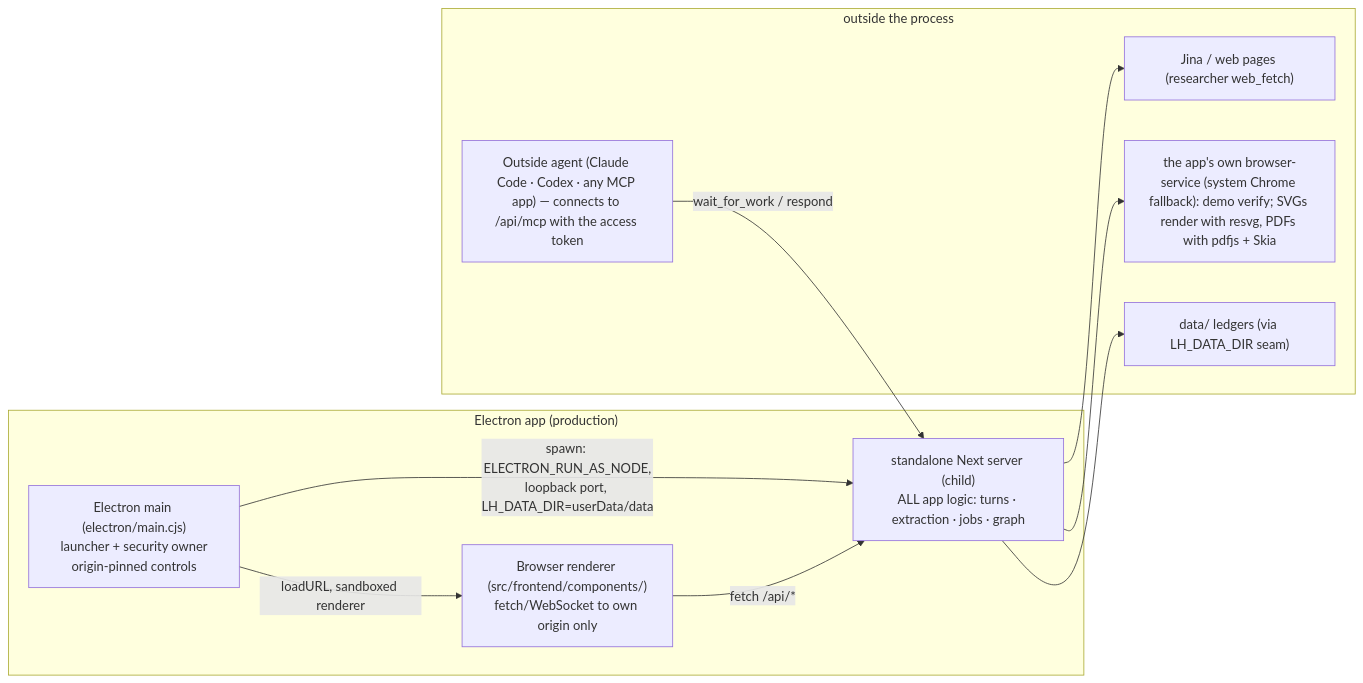
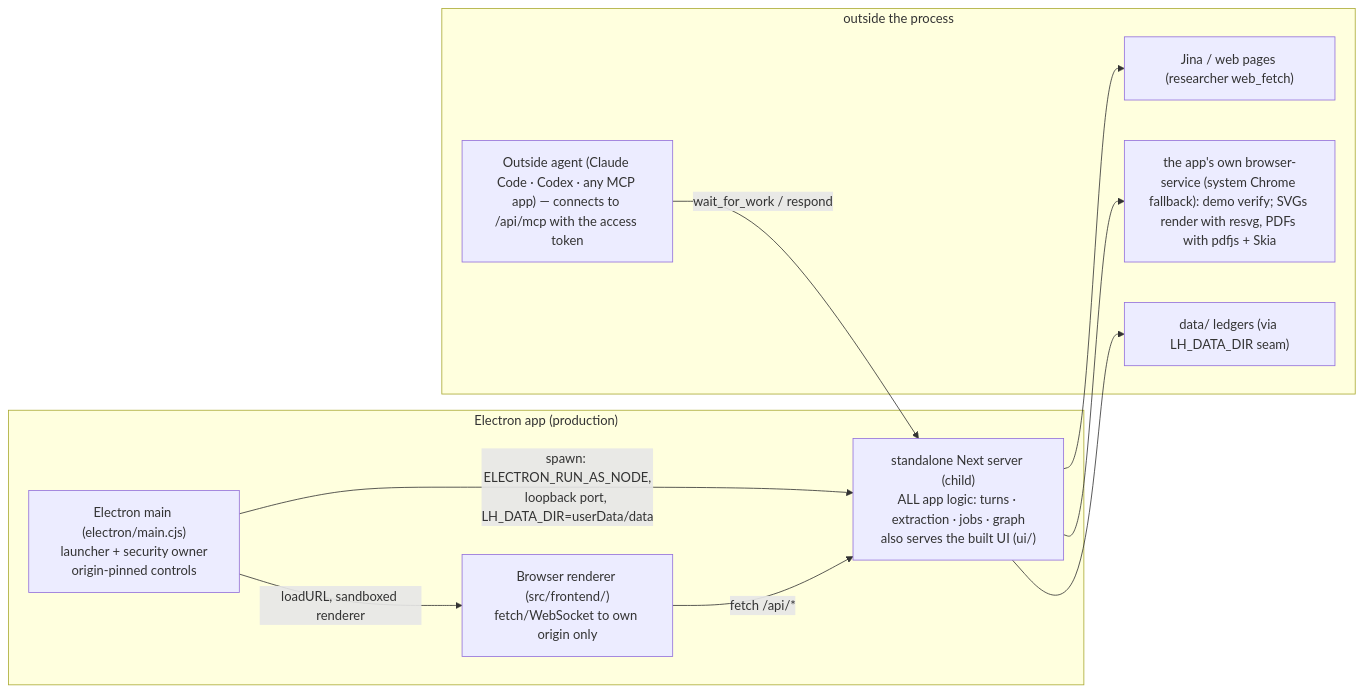
One commit to bayshores/godspeed changed the seventh of 7 diagrams in docs/architecture.md. Above: the diagram before and after it, drawn with Mermaid. The commit also changed other lines of this file and 167 other files, not shown here.

Commit message:
refactor: the screens become a Vite single-page app with React Router, and the Next server only answers /api and serves the built UI, with /api/boot for the first-launch reads and the window shown after its first real screen

````diff
--- a/docs/architecture.md
+++ b/docs/architecture.md
@@ -413,18 +414,18 @@
 ```mermaid
 flowchart LR
     subgraph DESKTOP["Electron app (production)"]
-        MAIN["Electron main (electron/main.cjs)<br/>launcher + security owner<br/>origin-pinned controls"] -->|"spawn: ELECTRON_RUN_AS_NODE,<br/>loopback port, LH_DATA_DIR=userData/data"| NEXT["standalone Next server (child)<br/>ALL app logic: turns · extraction · jobs · graph"]
-        MAIN -->|"loadURL, sandboxed renderer"| REND["Browser renderer (src/frontend/components/)<br/>fetch/WebSocket to own origin only"]
+        MAIN["Electron main (electron/main.cjs)<br/>launcher + security owner<br/>origin-pinned controls"] -->|"spawn: ELECTRON_RUN_AS_NODE,<br/>loopback port, LH_DATA_DIR=userData/data"| NEXT["standalone Next server (child)<br/>ALL app logic: turns · extraction · jobs · graph<br/>also serves the built UI (ui/)"]
+        MAIN -->|"loadURL, sandboxed renderer"| REND["Browser renderer (src/frontend/)<br/>fetch/WebSocket to own origin only"]
     end
     subgraph OUTSIDE["outside the process"]
         OR["Outside agent (Claude Code · Codex · any MCP app) — connects to /api/mcp with the access token"]
         GCSE["Jina / web pages (researcher web_fetch)"]
         CHROME["the app's own browser-service (system Chrome fallback): demo verify; SVGs render with resvg, PDFs with pdfjs + Skia"]
         DISK["data/ ledgers (via LH_DATA_DIR seam)"]
     end
     OR -->|"wait_for_work / respond"| NEXT
     NEXT --> GCSE
     NEXT --> CHROME
     NEXT --> DISK
     REND -->|"fetch /api/*"| NEXT
 ```
````
